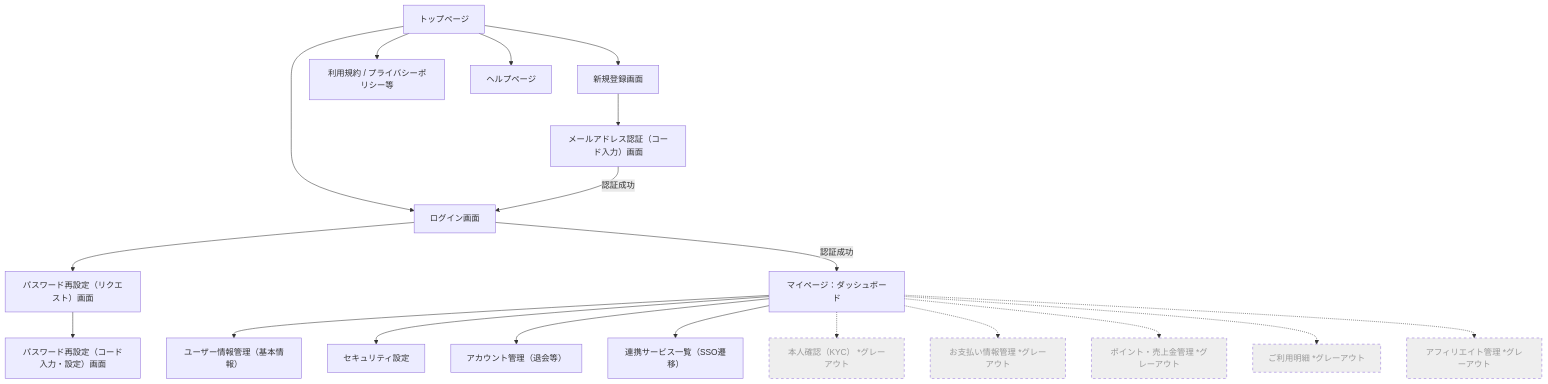
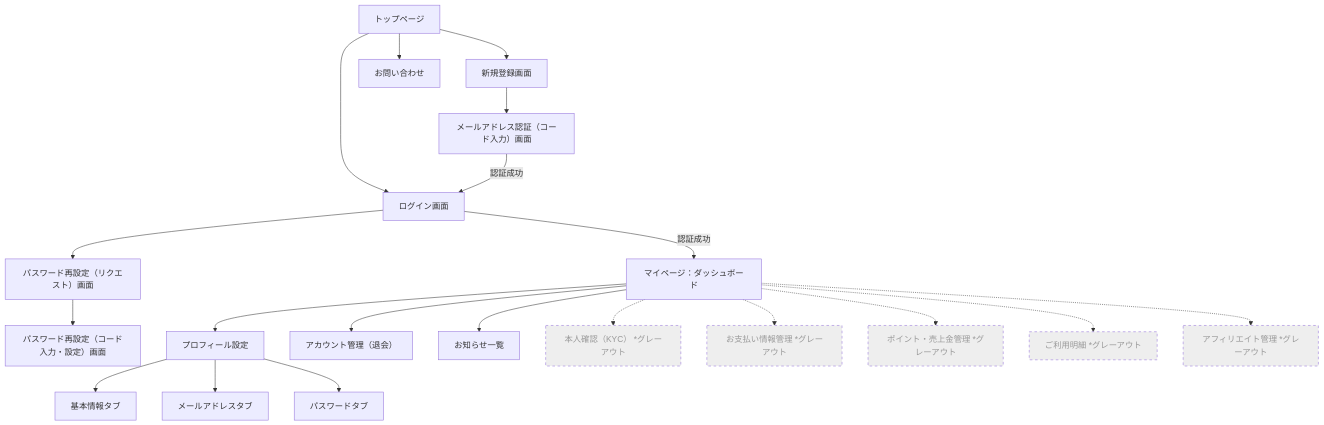
One commit to sugichan-digi/web-netherid changed the diagram in docs/画面設計書.md. Above: the diagram before and after it, drawn with Mermaid. The commit also changed other lines of this file and 34 other files, not shown here.

````diff
--- a/docs/画面設計書.md
+++ b/docs/画面設計書.md
@@ -5,35 +5,37 @@
 ```mermaid
 graph TD
     %% パブリック画面（未ログイン）
     LP[トップページ] --> Register[新規登録画面]
     LP --> Login[ログイン画面]
+    LP --> Contact[お問い合わせ]
     Login --> ResetPWReq[パスワード再設定（リクエスト）画面]
-    ResetPWReq --> ResetPWVerify[パスワード再設定（コード入力・設定）画面]
-    LP --> Static[利用規約 / プライバシーポリシー等]
-    LP --> Help[ヘルプページ]
-    
+    ResetPWReq --> ResetPWReset[パスワード再設定（コード入力・設定）画面]
+
     %% 登録フロー
     Register --> VerifyEmail[メールアドレス認証（コード入力）画面]
     VerifyEmail -- 認証成功 --> Login
-    
+
     %% マイページ（ログイン後）
     Login -- 認証成功 --> Dashboard[マイページ：ダッシュボード]
-    
-    Dashboard --> UserInfo[ユーザー情報管理（基本情報）]
-    Dashboard --> Security[セキュリティ設定]
-    Dashboard --> AccountManage[アカウント管理（退会等）]
-    Dashboard --> External[連携サービス一覧（SSO遷移）]
-    
+
+    Dashboard --> Profile[プロフィール設定]
+    Dashboard --> AccountManage[アカウント管理（退会）]
+    Dashboard --> Notification[お知らせ一覧]
+
+    Profile --> ProfileBasic[基本情報タブ]
+    Profile --> ProfileEmail[メールアドレスタブ]
+    Profile --> ProfilePassword[パスワードタブ]
+
     %% グレーアウト（現段階では不要・アクセス不可）
     style KYC stroke-dasharray: 5 5, fill:#eee, color:#999
     style Payment stroke-dasharray: 5 5, fill:#eee, color:#999
     style Point stroke-dasharray: 5 5, fill:#eee, color:#999
     style Invoice stroke-dasharray: 5 5, fill:#eee, color:#999
     style Affiliate stroke-dasharray: 5 5, fill:#eee, color:#999
 
     Dashboard -.-> KYC[本人確認（KYC） *グレーアウト]
     Dashboard -.-> Payment[お支払い情報管理 *グレーアウト]
     Dashboard -.-> Point[ポイント・売上金管理 *グレーアウト]
     Dashboard -.-> Invoice[ご利用明細 *グレーアウト]
     Dashboard -.-> Affiliate[アフィリエイト管理 *グレーアウト]
 ```
````
